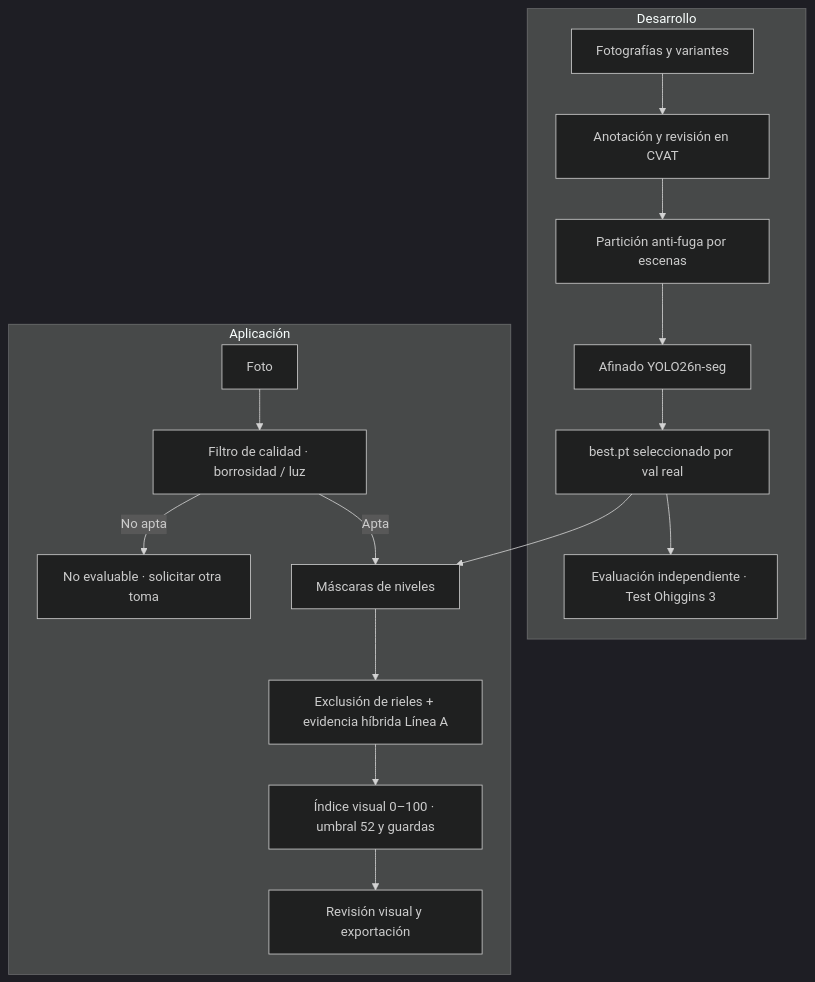
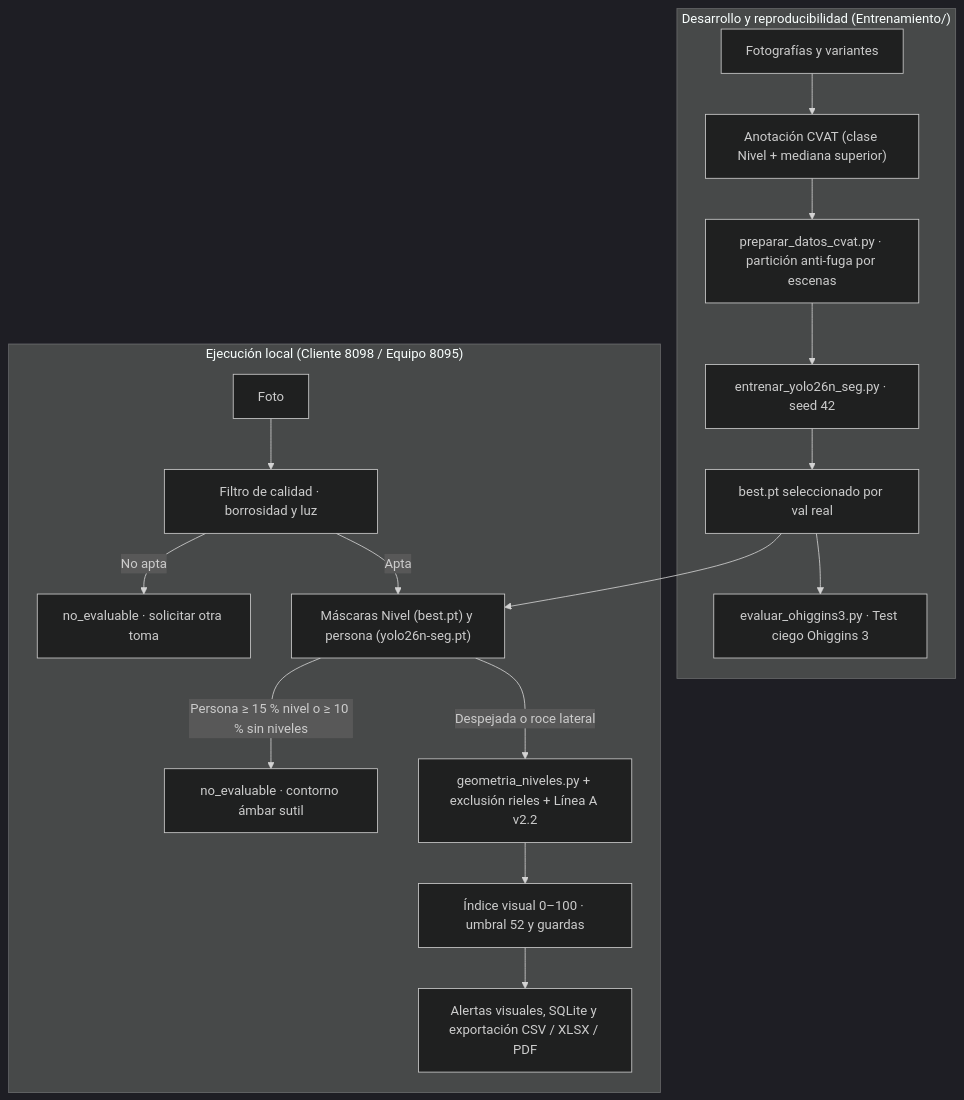
Before and after one commit to vcanio/Capstone2026: the first of 2 diagrams in README.md, drawn with Mermaid (dark theme). The commit also changed other lines of this file and 32 other files, not shown here.

Commit message:
Cierre MVP: scripts reproducibles, oclusion persona sutil, geometria superior, SQLite/XLSX/PDF y CI

````diff
--- a/README.md
+++ b/README.md
@@ -135,19 +135,20 @@
 ```mermaid
 flowchart TB
-    subgraph Desarrollo
-        A[Fotografías y variantes] --> B[Anotación y revisión en CVAT]
-        B --> C[Partición anti-fuga por escenas]
-        C --> D[Afinado YOLO26n-seg]
-        D --> E[best.pt seleccionado por val real]
-        E --> T[Evaluación independiente · Test Ohiggins 3]
+    subgraph Desarrollo["Desarrollo y reproducibilidad (Entrenamiento/)"]
+        A["Fotografías y variantes"] --> B["Anotación CVAT (clase Nivel + mediana superior)"]
+        B --> C["preparar_datos_cvat.py · partición anti-fuga por escenas"]
+        C --> D["entrenar_yolo26n_seg.py · seed 42"]
+        D --> E["best.pt seleccionado por val real"]
+        E --> T["evaluar_ohiggins3.py · Test ciego Ohiggins 3"]
     end
-    subgraph Aplicación
-        F[Foto] --> Q[Filtro de calidad · borrosidad / luz]
-        Q -->|No apta| NE[No evaluable · solicitar otra toma]
-        Q -->|Apta| G[Máscaras de niveles]
+    subgraph Aplicación["Ejecución local (Cliente 8098 / Equipo 8095)"]
+        F["Foto"] --> Q["Filtro de calidad · borrosidad y luz"]
+        Q -->|"No apta"| NE["no_evaluable · solicitar otra toma"]
+        Q -->|"Apta"| G["Máscaras Nivel (best.pt) y persona (yolo26n-seg.pt)"]
         E --> G
-        G --> H[Exclusión de rieles + evidencia híbrida Línea A]
-        H --> I[Índice visual 0–100 · umbral 52 y guardas]
-        I --> J[Revisión visual y exportación]
+        G -->|"Persona ≥ 15 % nivel o ≥ 10 % sin niveles"| NEP["no_evaluable · contorno ámbar sutil"]
+        G -->|"Despejada o roce lateral"| H["geometria_niveles.py + exclusión rieles + Línea A v2.2"]
+        H --> I["Índice visual 0–100 · umbral 52 y guardas"]
+        I --> J["Alertas visuales, SQLite y exportación CSV / XLSX / PDF"]
     end
 ```
````
